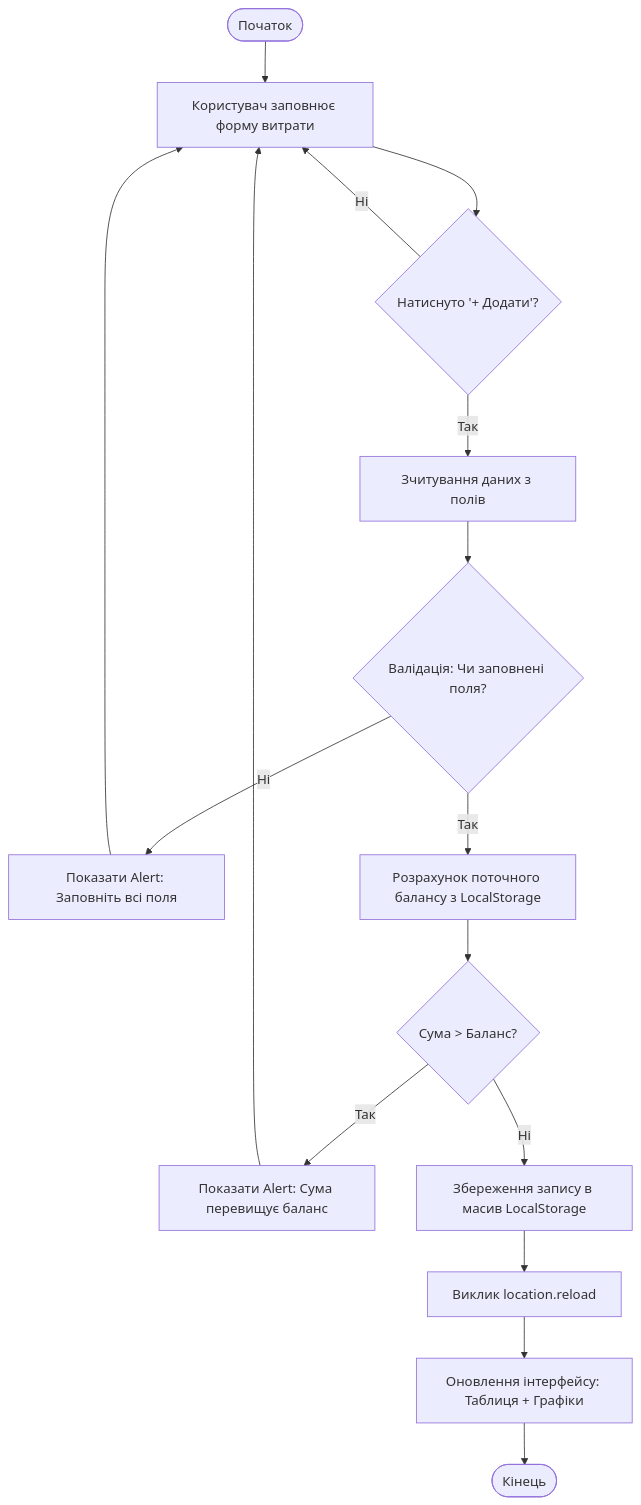
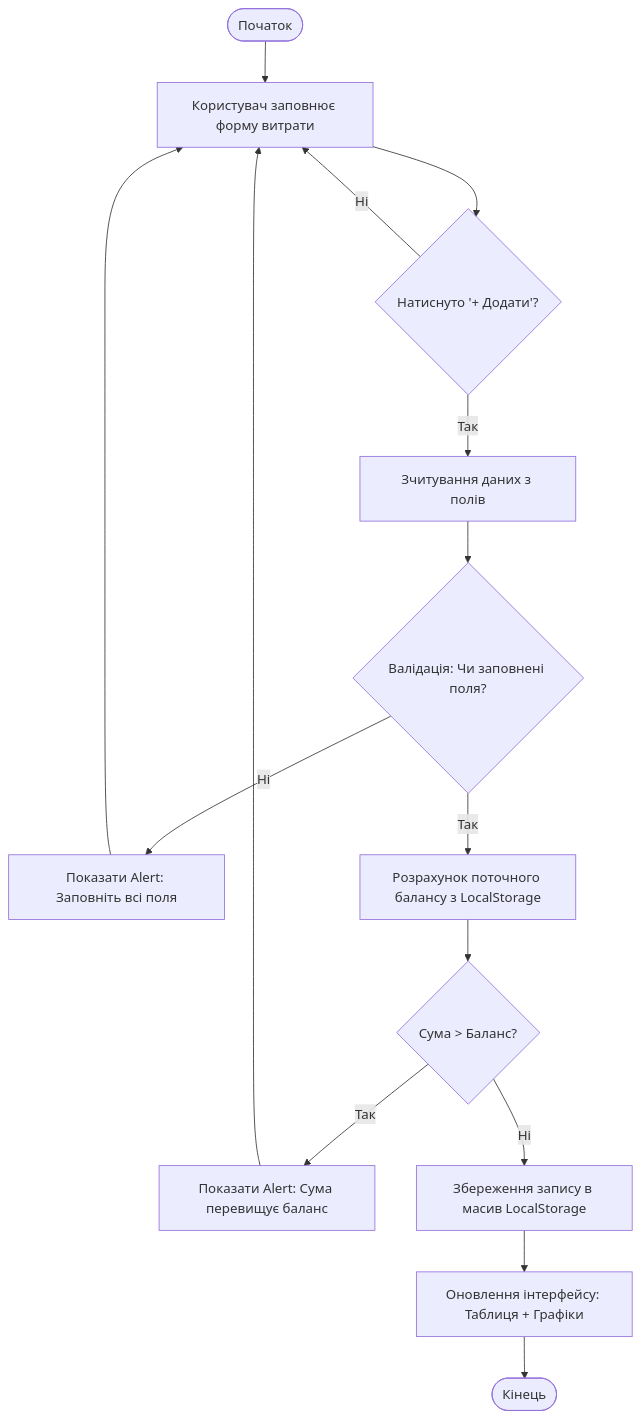
One commit to UA-VSADNIK/CoinKeeper changed the first of 2 diagrams in DIAGRAMS.md. Above: the diagram before and after it, drawn with Mermaid.

````diff
--- a/DIAGRAMS.md
+++ b/DIAGRAMS.md
@@ -1,18 +1,17 @@
 ```mermaid
 graph TD
     A([Початок]) --> B[Користувач заповнює форму витрати]
     B --> C{Натиснуто '+ Додати'?}
     C -- Ні --> B
     C -- Так --> D[Зчитування даних з полів]
     D --> E{Валідація: Чи заповнені поля?}
     E -- Ні --> F[Показати Alert: Заповніть всі поля]
     F --> B
     E -- Так --> G[Розрахунок поточного балансу з LocalStorage]
     G --> H{Сума > Баланс?}
     H -- Так --> I[Показати Alert: Сума перевищує баланс]
     I --> B
     H -- Ні --> J[Збереження запису в масив LocalStorage]
-    J --> K[Виклик location.reload]
-    K --> L[Оновлення інтерфейсу: Таблиця + Графіки]
+    J --> L[Оновлення інтерфейсу: Таблиця + Графіки]
     L --> M([Кінець])
 ```
````
